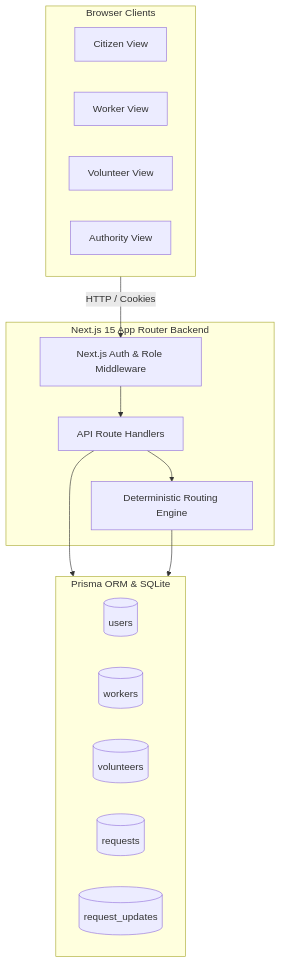
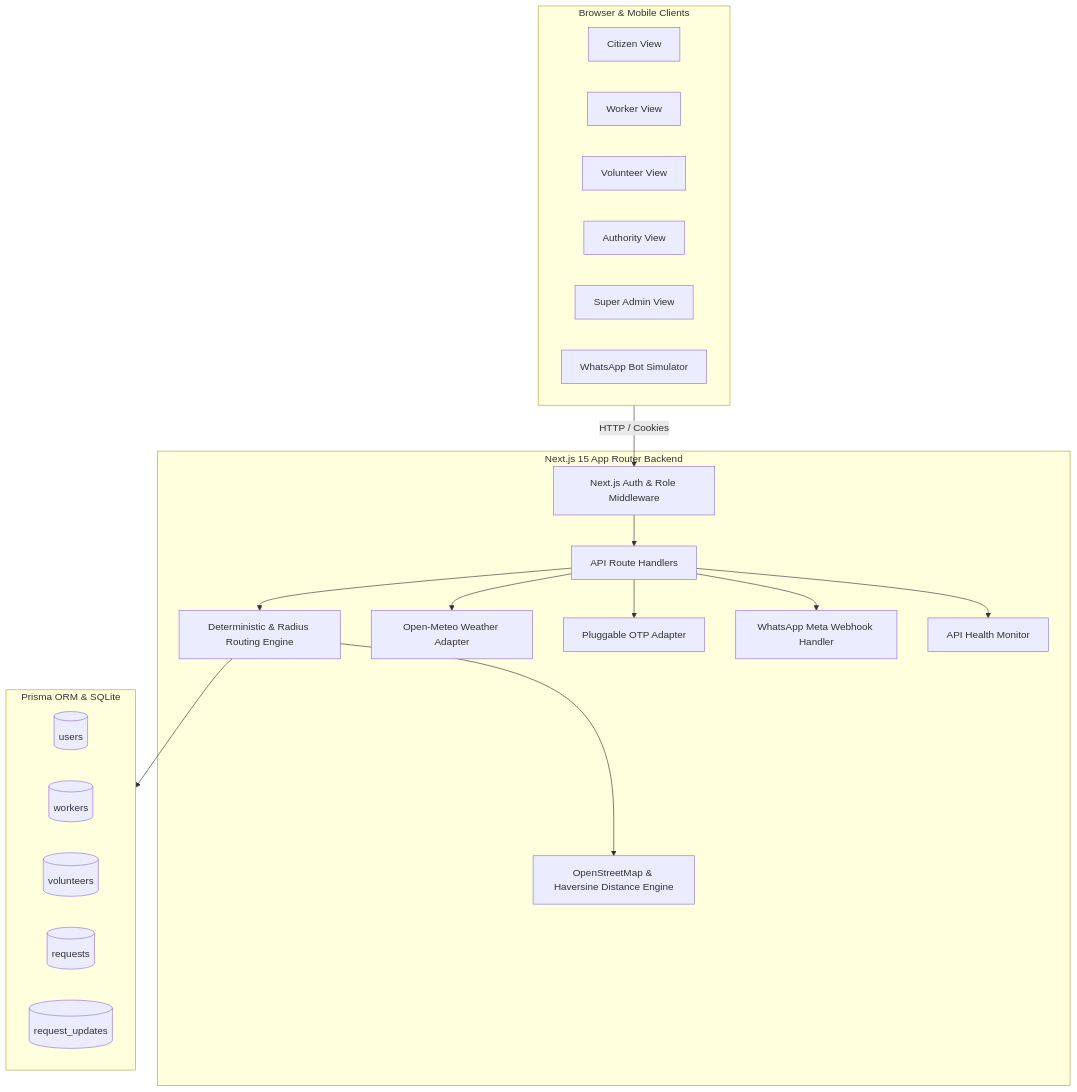
One commit to AbhyasKathuria/VANGUARD changed the diagram in OFFICIAL_DOCUMENTATION.md. Above: the diagram before and after it, drawn with Mermaid. The commit also changed other lines of this file and 64 other files, not shown here.

Commit message:
feat: complete VANGUARD rural service routing platform with universal multi-language, GIS radius, and WhatsApp bot

````diff
--- a/OFFICIAL_DOCUMENTATION.md
+++ b/OFFICIAL_DOCUMENTATION.md
@@ -115,29 +126,40 @@
 ```mermaid
 flowchart TD
-    subgraph Client [Browser Clients]
+    subgraph Client [Browser & Mobile Clients]
         CitizenUI[Citizen View]
         WorkerUI[Worker View]
         VolunteerUI[Volunteer View]
         AuthorityUI[Authority View]
+        SuperAdminUI[Super Admin View]
+        WhatsAppSim[WhatsApp Bot Simulator]
     end
 
     subgraph AppServer [Next.js 15 App Router Backend]
         AuthMiddleware[Next.js Auth & Role Middleware]
         RouteHandlers[API Route Handlers]
-        RoutingEngine[Deterministic Routing Engine]
+        RoutingEngine[Deterministic & Radius Routing Engine]
+        GeoEngine[OpenStreetMap & Haversine Distance Engine]
+        WeatherAdapter[Open-Meteo Weather Adapter]
+        OtpAdapter[Pluggable OTP Adapter]
+        WhatsAppWebhook[WhatsApp Meta Webhook Handler]
+        HealthMonitor[API Health Monitor]
     end
 
     subgraph DataLayer [Prisma ORM & SQLite]
         UserTable[(users)]
         WorkerTable[(workers)]
         VolunteerTable[(volunteers)]
         RequestTable[(requests)]
         UpdateTable[(request_updates)]
     end
 
     Client -->|HTTP / Cookies| AuthMiddleware
     AuthMiddleware --> RouteHandlers
     RouteHandlers --> RoutingEngine
-    RouteHandlers --> DataLayer
+    RoutingEngine --> GeoEngine
     RoutingEngine --> DataLayer
+    RouteHandlers --> WeatherAdapter
+    RouteHandlers --> OtpAdapter
+    RouteHandlers --> WhatsAppWebhook
+    RouteHandlers --> HealthMonitor
 ```
````
